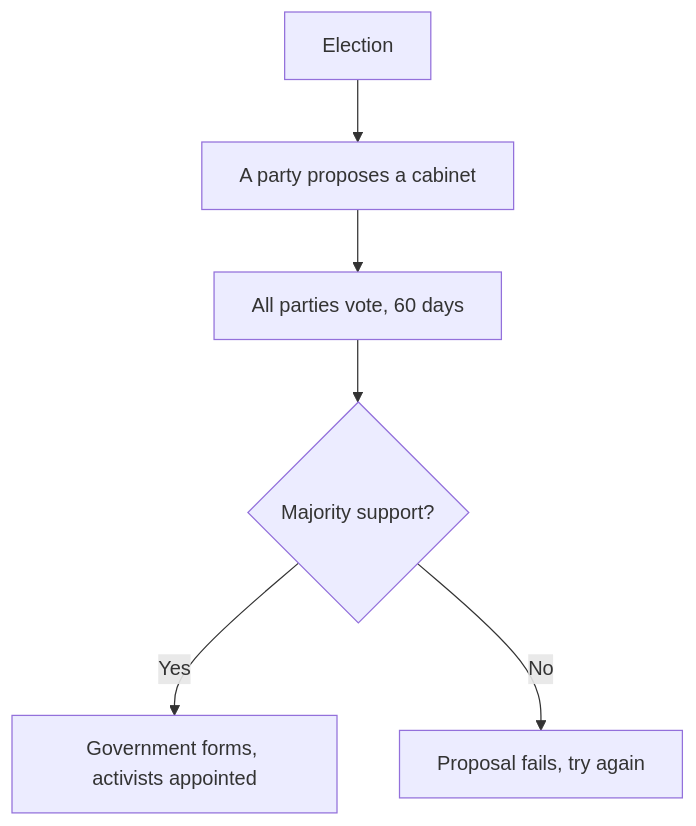
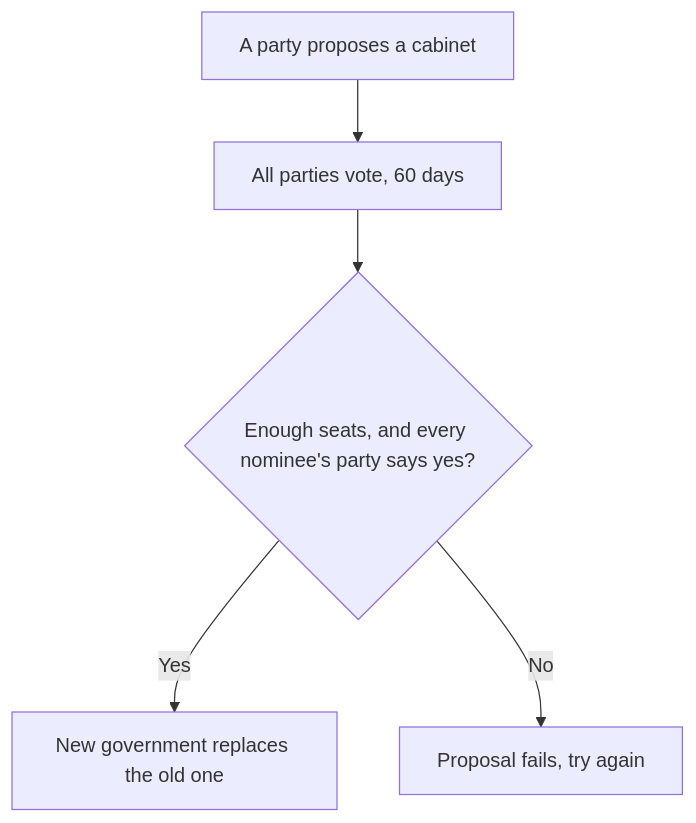
The diagram in docs/gameplay/cabinet.md (hankhank10/lawmaker-wiki), drawn with Mermaid before and after one commit. The commit also changed other lines of this file and 29 other files, not shown here.

````diff
--- a/docs/gameplay/cabinet.md
+++ b/docs/gameplay/cabinet.md
@@ -16,8 +12,7 @@
 ```mermaid
 graph TD
-    A[Election] --> B[A party proposes a cabinet]
-    B --> C[All parties vote, 60 days]
-    C --> D{Majority support?}
-    D -->|Yes| E[Government forms, activists appointed]
-    D -->|No| F[Proposal fails, try again]
+    A[A party proposes a cabinet] --> B[All parties vote, 60 days]
+    B --> C{Enough seats, and every nominee's party says yes?}
+    C -->|Yes| D[New government replaces the old one]
+    C -->|No| E[Proposal fails, try again]
 ```
````
